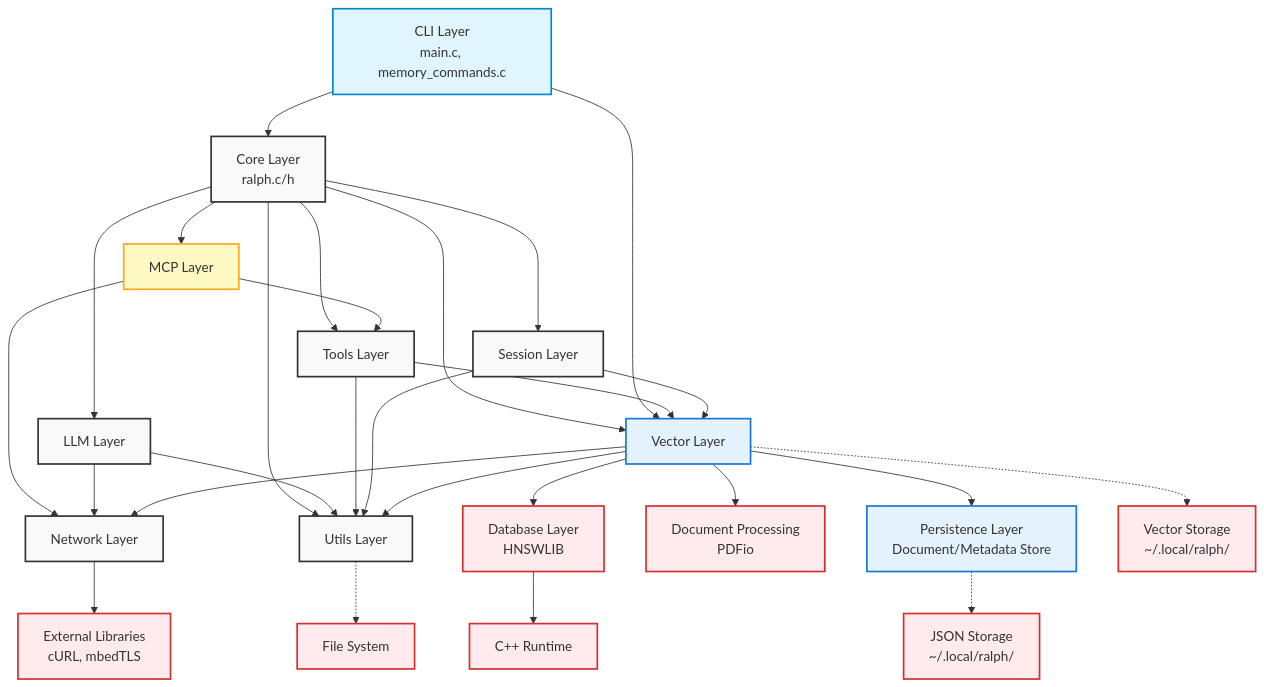
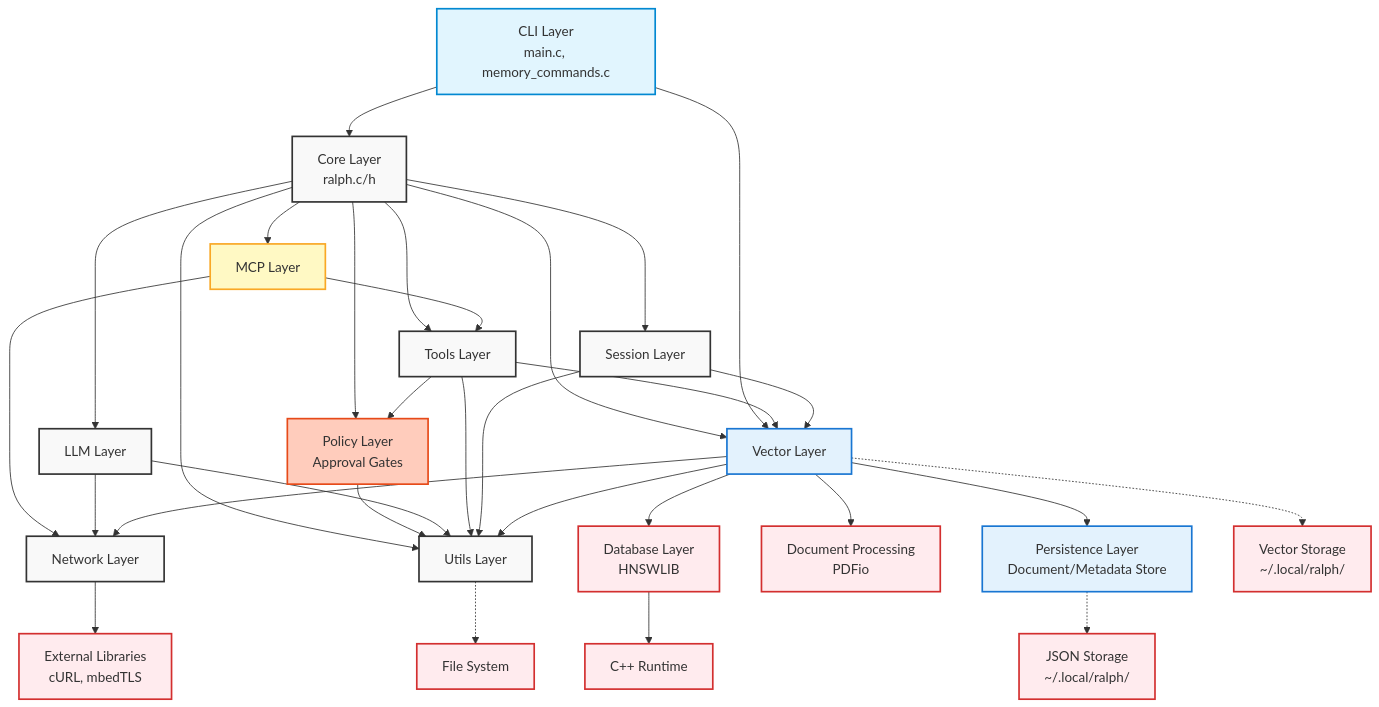
Before and after one commit to tgittos/scaffold: the sixth of 15 diagrams in ARCHITECTURE.md, drawn with Mermaid. The commit also changed other lines of this file and 3 other files, not shown here.

First line of the commit message:
docs: Add approval gate system to architecture documentation

````diff
--- a/ARCHITECTURE.md
+++ b/ARCHITECTURE.md
@@ -269,49 +283,55 @@
 ```mermaid
 graph TB
     Core[Core Layer<br/>ralph.c/h] --> LLM[LLM Layer]
     Core --> Tools[Tools Layer]
     Core --> Session[Session Layer]
     Core --> Utils[Utils Layer]
     Core --> Vector[Vector Layer]
     Core --> MCP[MCP Layer]
+    Core --> Policy[Policy Layer<br/>Approval Gates]
+
+    Tools --> Policy
+    Policy --> Utils
 
     CLI[CLI Layer<br/>main.c, memory_commands.c] --> Core
     CLI --> Vector
 
     MCP --> Network[Network Layer]
     MCP --> Tools
 
     LLM --> Network
     LLM --> Utils
 
     Tools --> Utils
     Tools --> Vector
 
     Session --> Utils
     Session --> Vector
 
     Vector --> Network
     Vector --> Utils
     Vector --> Database[Database Layer<br/>HNSWLIB]
     Vector --> Document[Document Processing<br/>PDFio]
     Vector --> Persistence[Persistence Layer<br/>Document/Metadata Store]
 
     Network --> External[External Libraries<br/>cURL, mbedTLS]
     Database --> CPPRuntime[C++ Runtime]
 
     Utils -.-> FileSystem[File System]
     Persistence -.-> JSONStorage[JSON Storage<br/>~/.local/ralph/]
     Vector -.-> VectorStorage[Vector Storage<br/>~/.local/ralph/]
 
     classDef layer fill:#f9f9f9,stroke:#333,stroke-width:2px
     classDef vectorLayer fill:#e3f2fd,stroke:#1976d2,stroke-width:2px
     classDef external fill:#ffebee,stroke:#d32f2f,stroke-width:2px
     classDef mcpLayer fill:#fff9c4,stroke:#f9a825,stroke-width:2px
     classDef cliLayer fill:#e1f5fe,stroke:#0288d1,stroke-width:2px
+    classDef policyLayer fill:#ffccbc,stroke:#e64a19,stroke-width:2px
 
     class Core,LLM,Tools,Session,Utils,Network layer
+    class Policy policyLayer
     class Vector,Persistence vectorLayer
     class External,FileSystem,Database,Document,CPPRuntime,VectorStorage,JSONStorage external
     class MCP mcpLayer
     class CLI cliLayer
 ```
````
